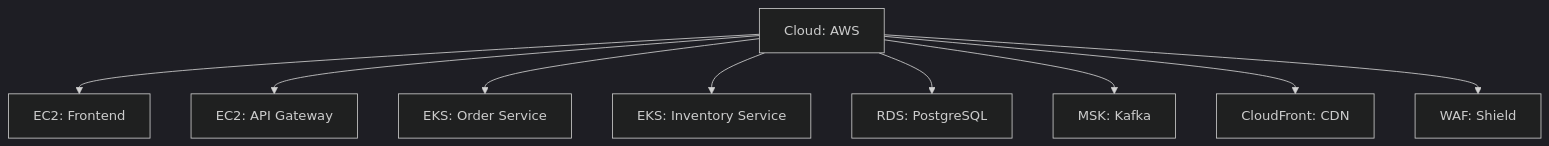
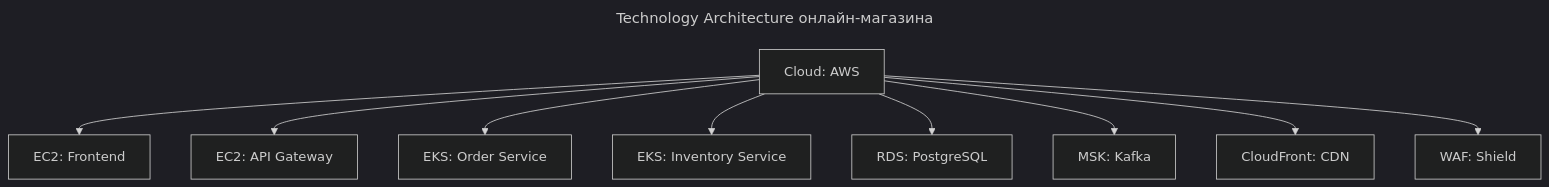
One commit to mrtxee/enterprise-developer-almanac changed the fourth of 4 diagrams in software-engineer/pattern/architecture/Enterprise Architecture.md. Above: the diagram before and after it, drawn with Mermaid (dark theme). The commit also changed other lines of this file and 40 other files, not shown here.

````diff
--- a/software-engineer/pattern/architecture/Enterprise Architecture.md
+++ b/software-engineer/pattern/architecture/Enterprise Architecture.md
@@ -118,11 +139,14 @@
 ```mermaid
+---
+title: Technology Architecture онлайн-магазина
+---
 graph TD
     Z[Cloud: AWS] --> AA[EC2: Frontend]
     Z --> AB[EC2: API Gateway]
     Z --> AC[EKS: Order Service]
     Z --> AD[EKS: Inventory Service]
     Z --> AE[RDS: PostgreSQL]
     Z --> AF[MSK: Kafka]
     Z --> AG[CloudFront: CDN]
     Z --> AH[WAF: Shield]
 ```
````
